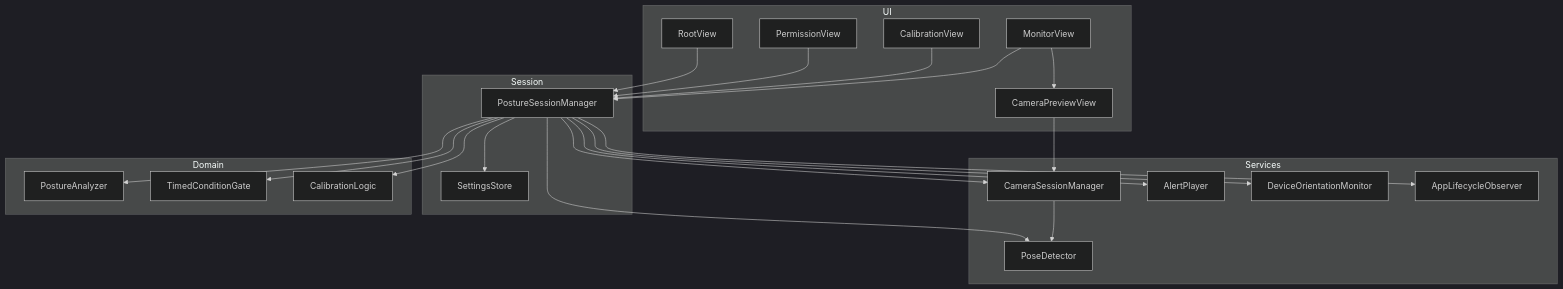
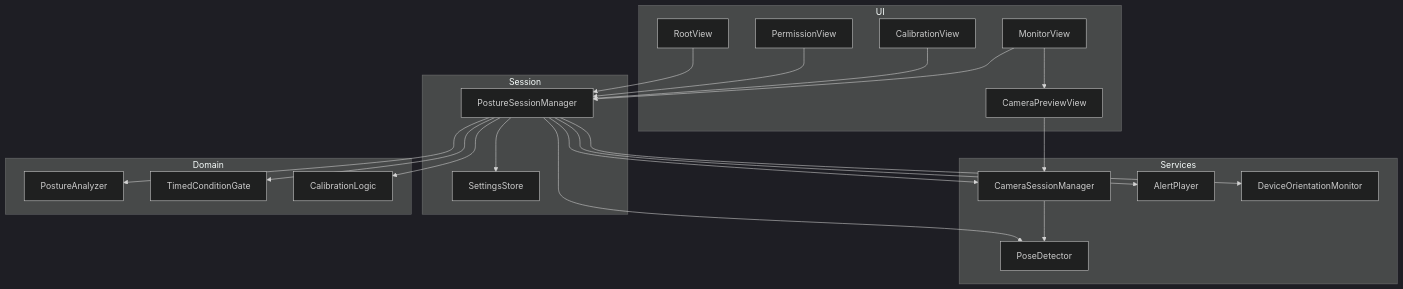
Before and after one commit to da-shina/nekoze-fix: the first of 5 diagrams in .kiro/specs/nekoze-fix/design.md, drawn with Mermaid (dark theme). The commit also changed other lines of this file and 1 other file, not shown here.

````diff
--- a/.kiro/specs/nekoze-fix/design.md
+++ b/.kiro/specs/nekoze-fix/design.md
@@ -74,42 +74,40 @@
 ```mermaid
 graph TB
     subgraph UILayer [UI]
         RootView
         PermissionView
         CalibrationView
         MonitorView
         CameraPreviewView
     end
     subgraph SessionLayer [Session]
         PostureSessionManager
         SettingsStore
     end
     subgraph ServicesLayer [Services]
         CameraSessionManager
         PoseDetector
         AlertPlayer
         DeviceOrientationMonitor
-        AppLifecycleObserver
     end
     subgraph DomainLayer [Domain]
         PostureAnalyzer
         TimedConditionGate
         CalibrationLogic
     end
     RootView --> PostureSessionManager
     PermissionView --> PostureSessionManager
     CalibrationView --> PostureSessionManager
     MonitorView --> PostureSessionManager
     MonitorView --> CameraPreviewView
     CameraPreviewView --> CameraSessionManager
     PostureSessionManager --> SettingsStore
     PostureSessionManager --> CameraSessionManager
     PostureSessionManager --> PoseDetector
     PostureSessionManager --> AlertPlayer
     PostureSessionManager --> DeviceOrientationMonitor
-    PostureSessionManager --> AppLifecycleObserver
     PostureSessionManager --> PostureAnalyzer
     PostureSessionManager --> TimedConditionGate
     PostureSessionManager --> CalibrationLogic
     CameraSessionManager --> PoseDetector
 ```
````
